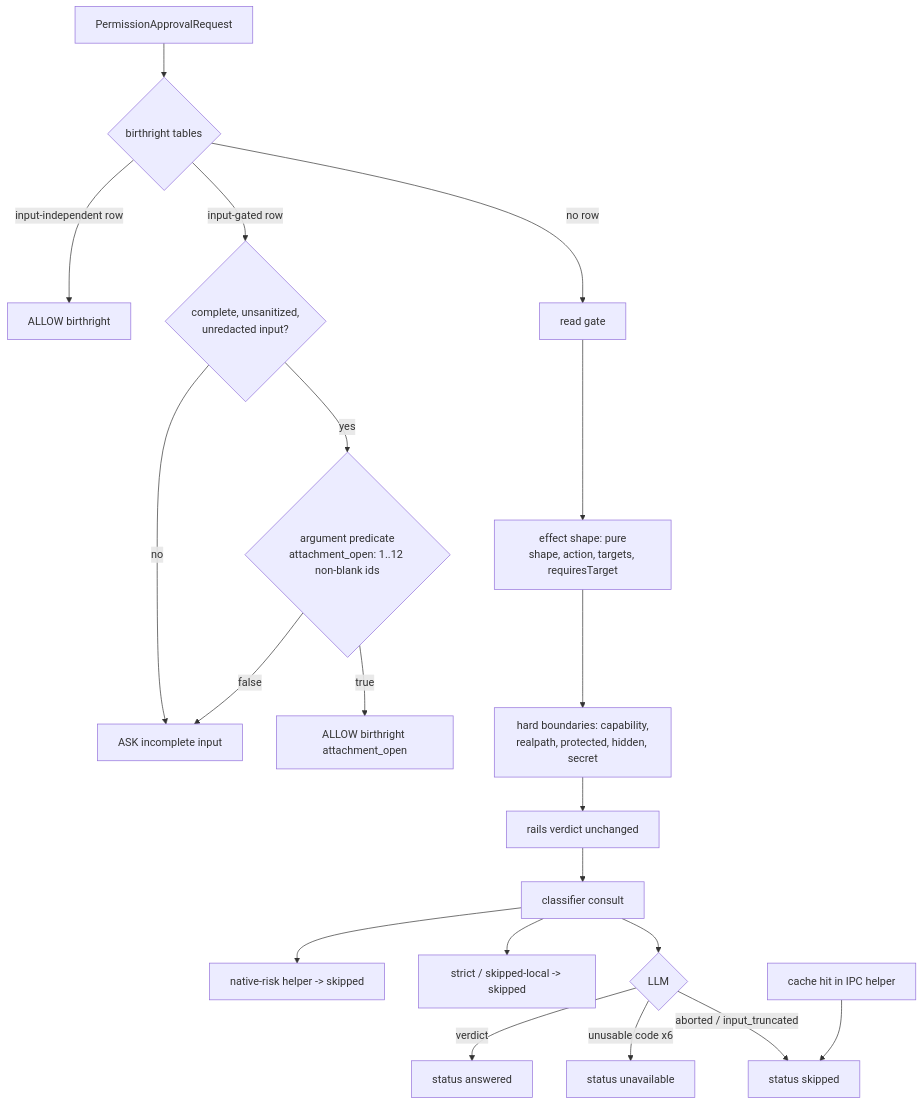
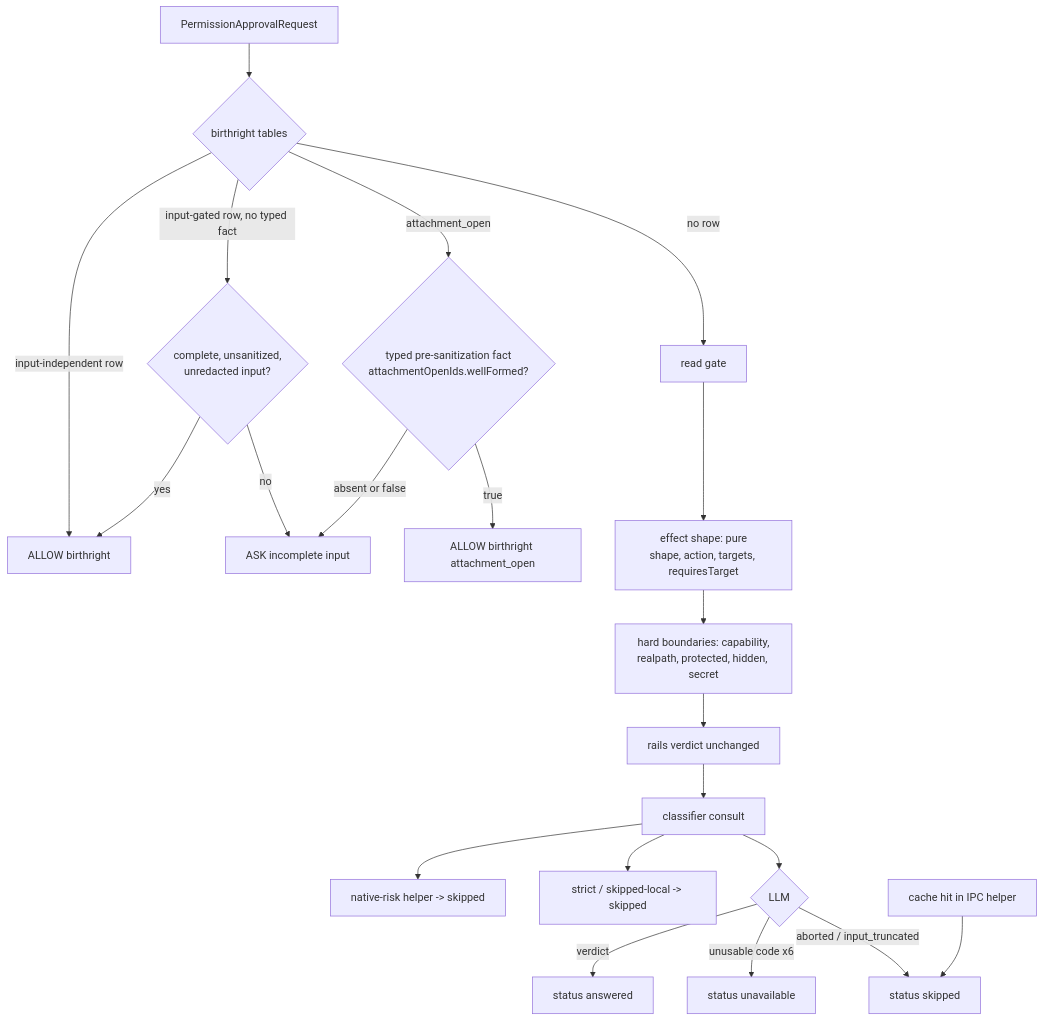
The diagram in plans/exploration/askfloor-1-t2a-taskplan.md (knacklabs/gantry), drawn with Mermaid before and after one commit. The commit also changed other lines of this file and 9 other files, not shown here.

Commit message:
plan(ASKFLOOR-1-T2a): fold grill r12 (typed pre-sanitization attachment fact from the parser; sanitizers untouched; one rule); r13 brief

````diff
--- a/plans/exploration/askfloor-1-t2a-taskplan.md
+++ b/plans/exploration/askfloor-1-t2a-taskplan.md
@@ -38,22 +38,23 @@
 ```mermaid
 flowchart TD
   R[PermissionApprovalRequest] --> B{birthright tables}
   B -- input-independent row --> A1[ALLOW birthright]
-  B -- input-gated row --> C{complete, unsanitized,\nunredacted input?}
+  B -- input-gated row, no typed fact --> C{complete, unsanitized,\nunredacted input?}
   C -- no --> ASK1[ASK incomplete input]
-  C -- yes --> P{argument predicate\nattachment_open: 1..12 non-blank ids}
-  P -- false --> ASK1
+  C -- yes --> A1
+  B -- attachment_open --> P{typed pre-sanitization fact\nattachmentOpenIds.wellFormed?}
+  P -- absent or false --> ASK1
   P -- true --> A2[ALLOW birthright attachment_open]
   B -- no row --> G[read gate]
   G --> S[effect shape: pure\nshape, action, targets, requiresTarget]
   S --> H[hard boundaries: capability,\nrealpath, protected, hidden, secret]
   H --> V[rails verdict unchanged]
   V --> K[classifier consult]
   K --> N[native-risk helper -> skipped]
   K --> D[strict / skipped-local -> skipped]
   K --> L{LLM}
   L -- verdict --> ANS[status answered]
   L -- unusable code x6 --> UNA[status unavailable]
   L -- aborted / input_truncated --> SK[status skipped]
   CACHE[cache hit in IPC helper] --> SK
 ```
````
